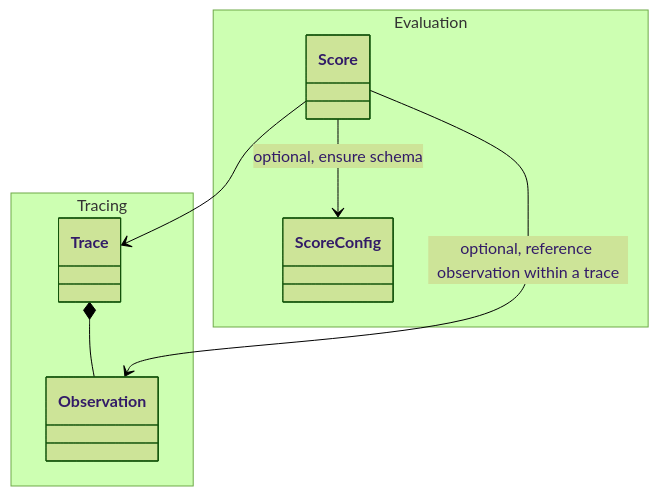
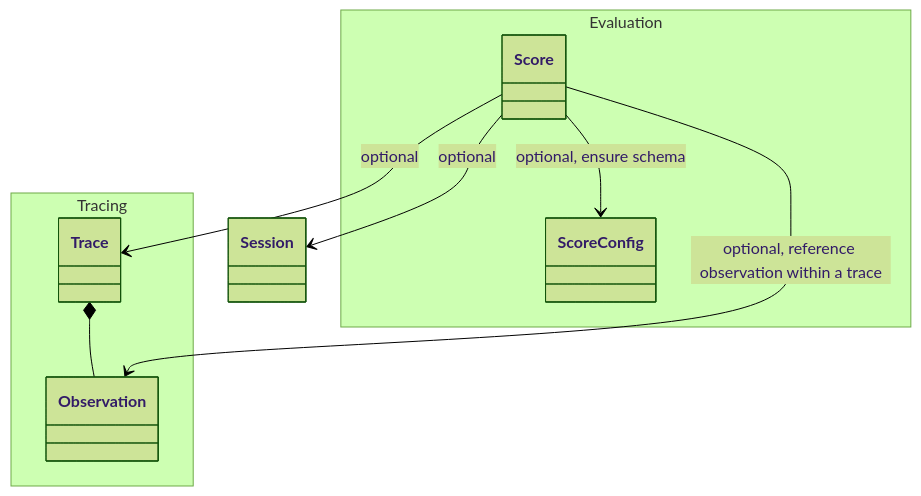
The diagram in pages/docs/scores/data-model.mdx (langfuse/langfuse-docs), drawn with Mermaid (forest theme) before and after one commit. The commit also changed other lines of this file, not shown here.

Commit message:
docs: add session scores support to data model docs

````diff
--- a/pages/docs/scores/data-model.mdx
+++ b/pages/docs/scores/data-model.mdx
@@ -23,17 +23,18 @@
 ```mermaid
 classDiagram
   namespace Evaluation {
     class Score
     class ScoreConfig
   }
 
   namespace Tracing {
     class Trace
     class Observation
   }
 
   Trace *-- Observation
-  Score --> Trace
+  Score --> Session : optional
+  Score --> Trace : optional
   Score --> Observation : optional, reference observation within a trace
   Score --> ScoreConfig : optional, ensure schema
 ```
````
